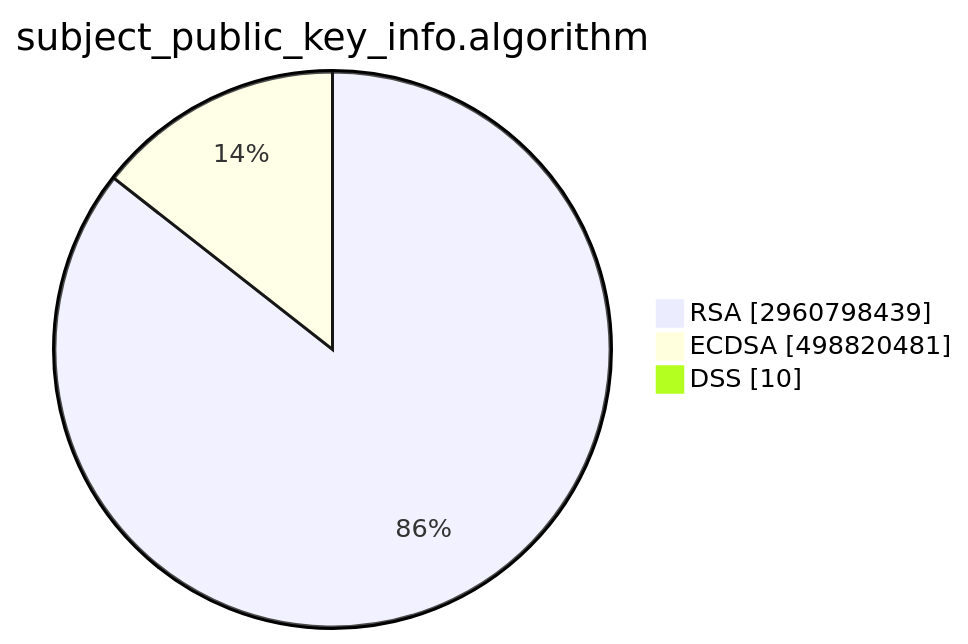
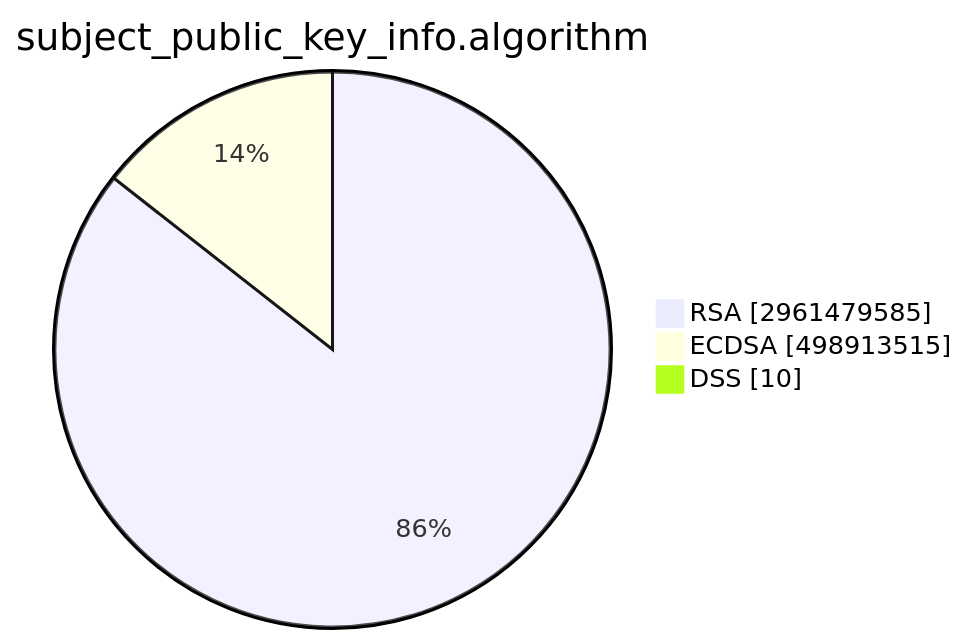
Before and after one commit to christiankrug/ctmonitor_visualization: the second of 15 diagrams in TOTAL/README.md, drawn with Mermaid. The commit also changed other lines of this file, not shown here.

````diff
--- a/TOTAL/README.md
+++ b/TOTAL/README.md
@@ -6,7 +6,7 @@
 ```mermaid
 pie showData
 title subject_public_key_info.algorithm
-"RSA" :2960798439
-"ECDSA" :498820481
+"RSA" :2961479585
+"ECDSA" :498913515
 "DSS" :10
 ```
````
